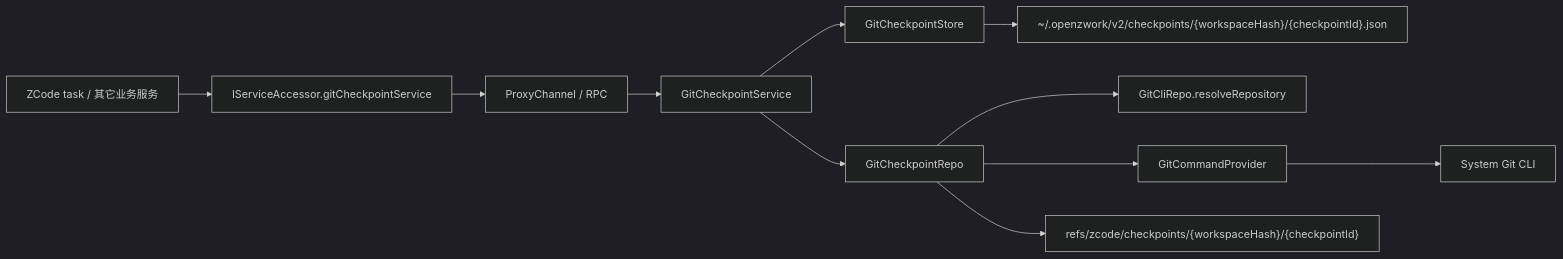
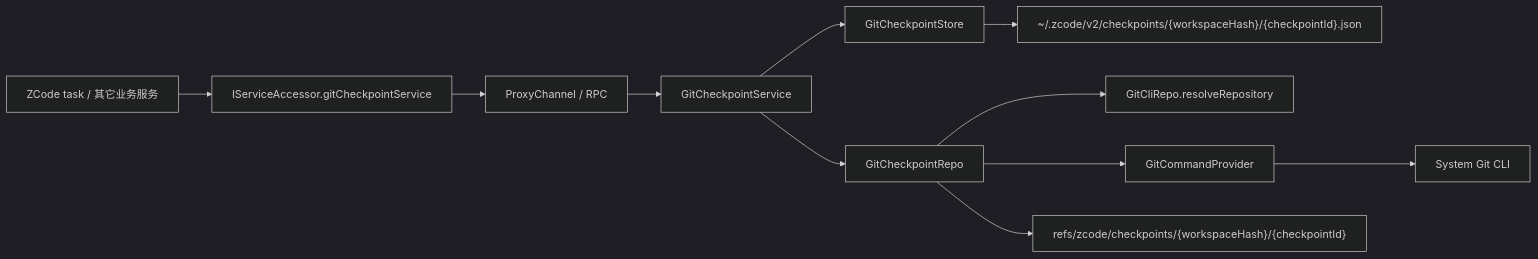
Before and after one commit to BlueSkyXN/OpenZWork: the diagram in docs/git/checkpoint-service-foundation.md, drawn with Mermaid (dark theme). The commit also changed other lines of this file and 978 other files, not shown here.

````diff
--- a/docs/git/checkpoint-service-foundation.md
+++ b/docs/git/checkpoint-service-foundation.md
@@ -87,13 +87,13 @@
 ```mermaid
 flowchart LR
   Client["ZCode task / 其它业务服务"] --> Accessor["IServiceAccessor.gitCheckpointService"]
   Accessor --> RPC["ProxyChannel / RPC"]
   RPC --> Service["GitCheckpointService"]
   Service --> Store["GitCheckpointStore"]
   Service --> Repo["GitCheckpointRepo"]
   Repo --> GitRepo["GitCliRepo.resolveRepository"]
   Repo --> Cmd["GitCommandProvider"]
   Cmd --> GitCLI["System Git CLI"]
-  Store --> Manifest["~/.openzwork/v2/checkpoints/{workspaceHash}/{checkpointId}.json"]
+  Store --> Manifest["~/.zcode/v2/checkpoints/{workspaceHash}/{checkpointId}.json"]
   Repo --> HiddenRef["refs/zcode/checkpoints/{workspaceHash}/{checkpointId}"]
 ```
````
